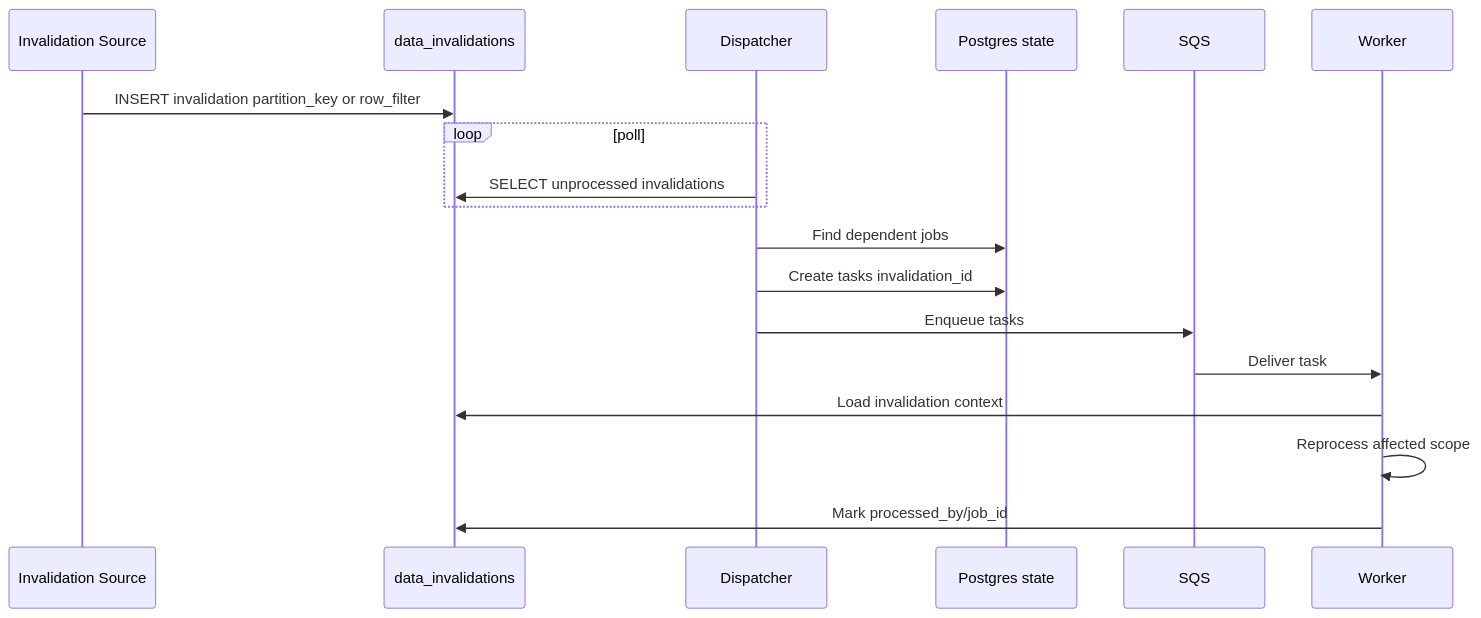
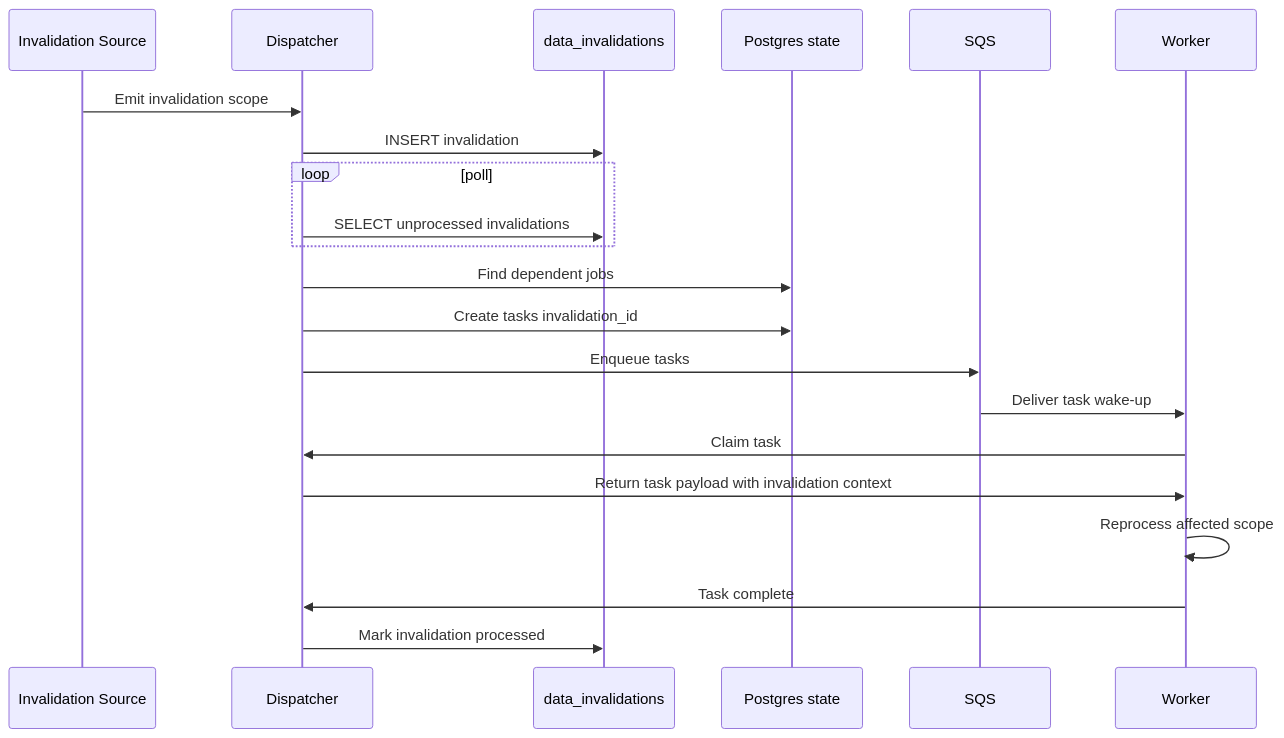
The second of 2 diagrams in docs/architecture/data_versioning.md (c7121/trace), drawn with Mermaid before and after one commit. The commit also changed other lines of this file and 100 other files, not shown here.

````diff
--- a/docs/architecture/data_versioning.md
+++ b/docs/architecture/data_versioning.md
@@ -240,21 +246,25 @@
 ```mermaid
 sequenceDiagram
     participant S as Invalidation Source
+    participant D as Dispatcher
     participant INV as data_invalidations
-    participant D as Dispatcher
     participant PG as Postgres state
     participant Q as SQS
     participant W as Worker
 
-    S->>INV: INSERT invalidation partition_key or row_filter
+    S->>D: Emit invalidation scope
+    D->>INV: INSERT invalidation
     loop poll
         D->>INV: SELECT unprocessed invalidations
     end
     D->>PG: Find dependent jobs
     D->>PG: Create tasks invalidation_id
     D->>Q: Enqueue tasks
-    Q->>W: Deliver task
-    W->>INV: Load invalidation context
+    Q->>W: Deliver task wake-up
+    W->>D: Claim task
+    D->>W: Return task payload with invalidation context
     W->>W: Reprocess affected scope
-    W->>INV: Mark processed_by/job_id
+    W->>D: Task complete
+    D->>INV: Mark invalidation processed
+
 ```
````
